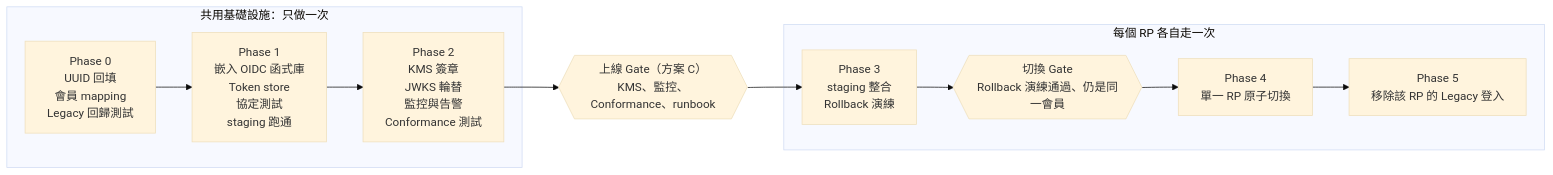
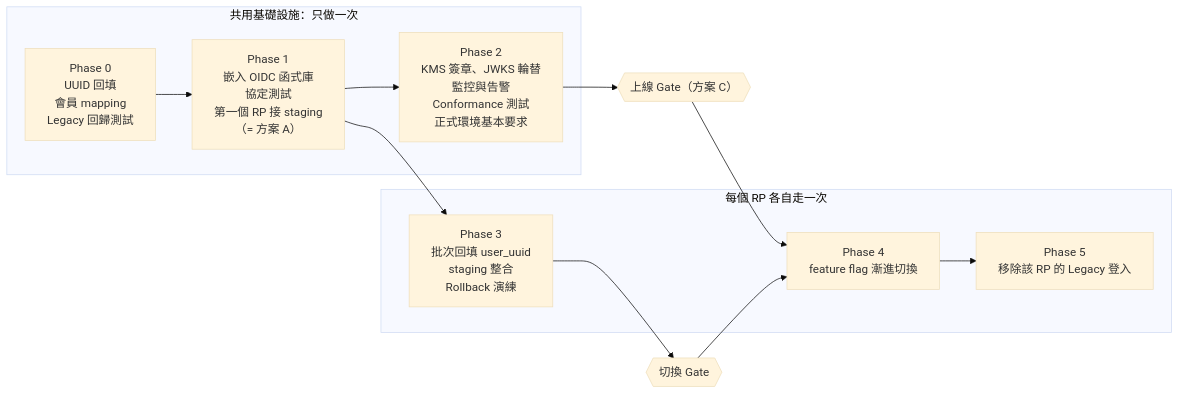
The first of 2 diagrams in auth-server-doc/doc/decision.md (yennanliu/cdk-playground), drawn with Mermaid (base theme) before and after one commit. The commit also changed other lines of this file, not shown here.

First line of the commit message:
auth-server-doc: revise OIDC decision record after review

````diff
--- a/auth-server-doc/doc/decision.md
+++ b/auth-server-doc/doc/decision.md
@@ -32,16 +42,19 @@
 ```mermaid
 flowchart LR
     subgraph shared["共用基礎設施：只做一次"]
         P0["Phase 0<br/>UUID 回填<br/>會員 mapping<br/>Legacy 回歸測試"]
-        P1["Phase 1<br/>嵌入 OIDC 函式庫<br/>Token store<br/>協定測試<br/>staging 跑通"]
-        P2["Phase 2<br/>KMS 簽章<br/>JWKS 輪替<br/>監控與告警<br/>Conformance 測試"]
+        P1["Phase 1<br/>嵌入 OIDC 函式庫<br/>協定測試<br/>第一個 RP 接 staging<br/>（= 方案 A）"]
+        P2["Phase 2<br/>KMS 簽章、JWKS 輪替<br/>監控與告警<br/>Conformance 測試<br/>正式環境基本要求"]
     end
-    G1{{"上線 Gate（方案 C）<br/>KMS、監控、Conformance、runbook"}}
     subgraph perRP["每個 RP 各自走一次"]
-        P3["Phase 3<br/>staging 整合<br/>Rollback 演練"]
-        G2{{"切換 Gate<br/>Rollback 演練通過、仍是同一會員"}}
-        P4["Phase 4<br/>單一 RP 原子切換"]
+        P3["Phase 3<br/>批次回填 user_uuid<br/>staging 整合<br/>Rollback 演練"]
+        P4["Phase 4<br/>feature flag 漸進切換"]
         P5["Phase 5<br/>移除該 RP 的 Legacy 登入"]
     end
-    P0 --> P1 --> P2 --> G1 --> P3 --> G2 --> P4 --> P5
+    G1{{"上線 Gate（方案 C）"}}
+    G2{{"切換 Gate"}}
+    P0 --> P1 --> P2 --> G1
+    P1 --> P3 --> G2
+    G1 --> P4
+    G2 --> P4 --> P5
 ```
````
